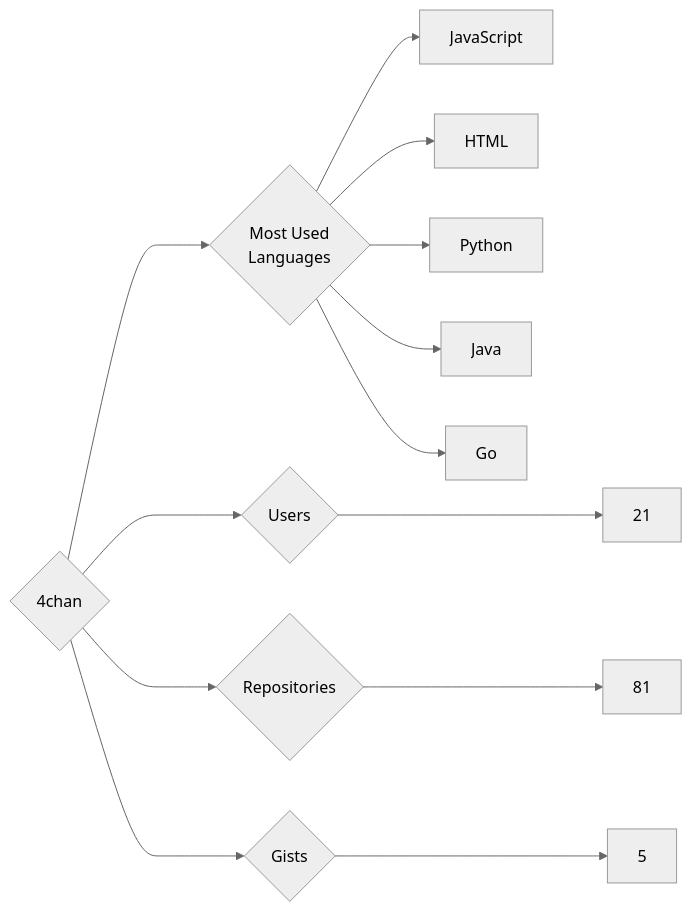
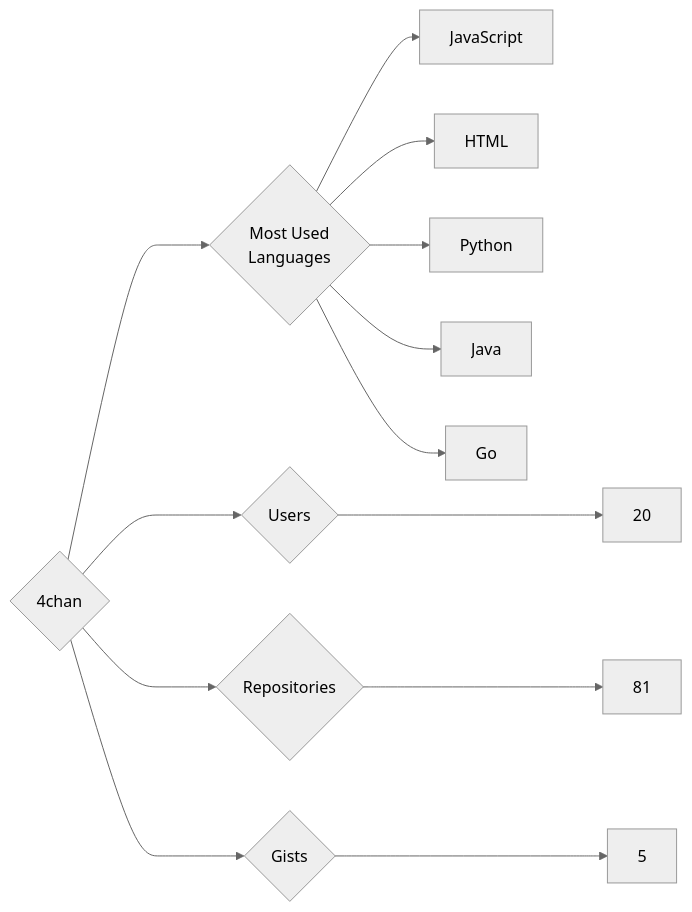
Before and after one commit to trickest/insiders: the diagram in targets/4chan/README.md, drawn with Mermaid (neutral theme). The commit also changed 773 other files, not shown here.

````diff
--- a/targets/4chan/README.md
+++ b/targets/4chan/README.md
@@ -3,13 +3,13 @@
 ```mermaid
 graph LR
 COMPANY_NAME{4chan}
-COMPANY_NAME ---> U{Users} ---> UN[21]
+COMPANY_NAME ---> U{Users} ---> UN[20]
 COMPANY_NAME ---> R{Repositories} ---> RN[81]
 COMPANY_NAME ---> G{Gists} ---> GN[5]
 COMPANY_NAME ---> ML{Most Used<br>Languages}
 ML --> JavaScript[JavaScript]
 ML --> HTML[HTML]
 ML --> Python[Python]
 ML --> Java[Java]
 ML --> Go[Go]
 ```
````
